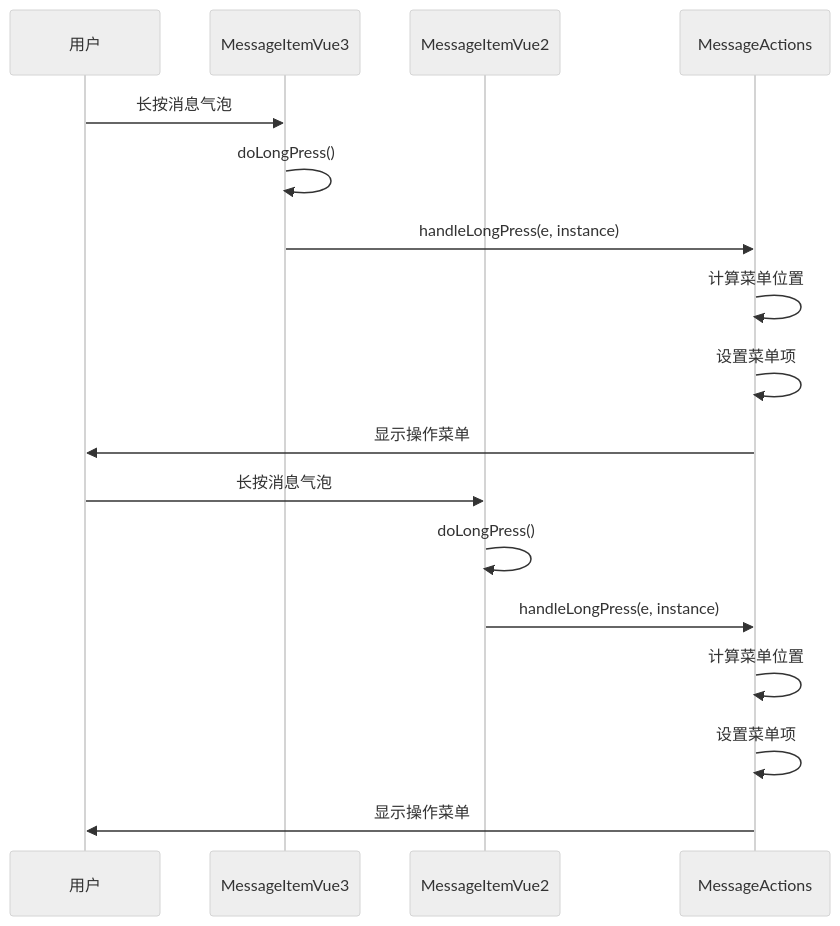
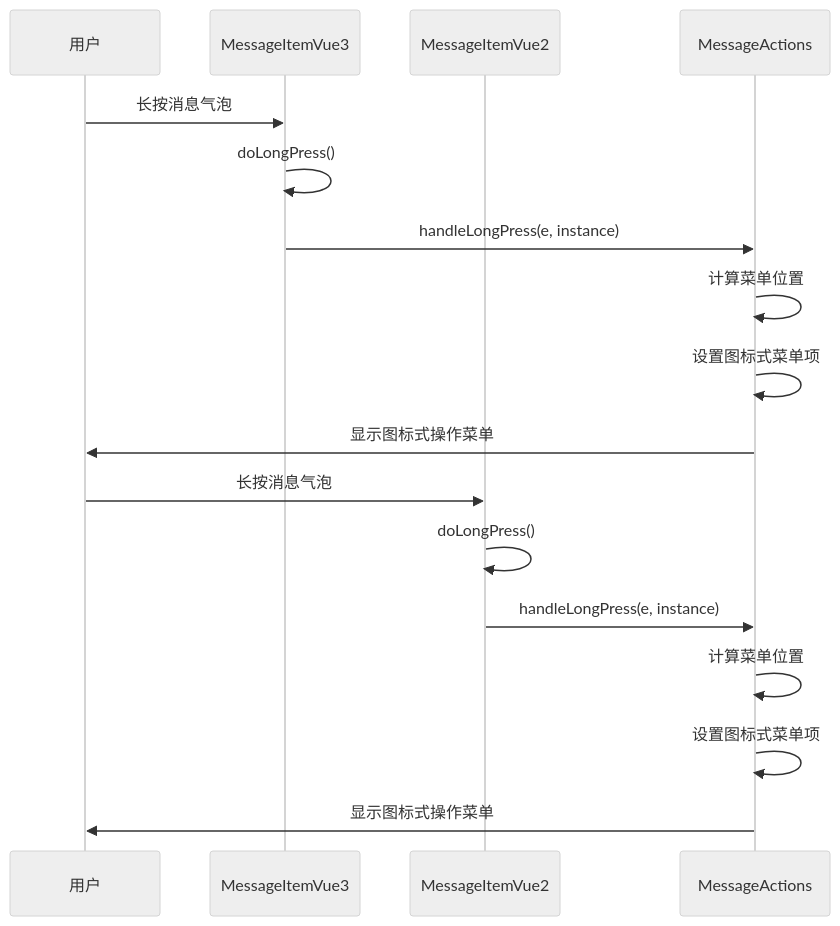
One commit to Easemob-Community/easemob-uikit-uniapp-community changed the fifth of 10 diagrams in .qoder/repowiki/zh/content/消息编辑功能.md. Above: the diagram before and after it, drawn with Mermaid (neutral theme). The commit also changed other lines of this file and 4 other files, not shown here.

````diff
--- a/.qoder/repowiki/zh/content/消息编辑功能.md
+++ b/.qoder/repowiki/zh/content/消息编辑功能.md
@@ -294,19 +303,19 @@
 ```mermaid
 sequenceDiagram
 participant U as 用户
 participant MI3 as MessageItemVue3
 participant MI2 as MessageItemVue2
 participant MA as MessageActions
 U->>MI3 : 长按消息气泡
 MI3->>MI3 : doLongPress()
 MI3->>MA : handleLongPress(e, instance)
 MA->>MA : 计算菜单位置
-MA->>MA : 设置菜单项
-MA->>U : 显示操作菜单
+MA->>MA : 设置图标式菜单项
+MA->>U : 显示图标式操作菜单
 U->>MI2 : 长按消息气泡
 MI2->>MI2 : doLongPress()
 MI2->>MA : handleLongPress(e, instance)
 MA->>MA : 计算菜单位置
-MA->>MA : 设置菜单项
-MA->>U : 显示操作菜单
+MA->>MA : 设置图标式菜单项
+MA->>U : 显示图标式操作菜单
 ```
````
